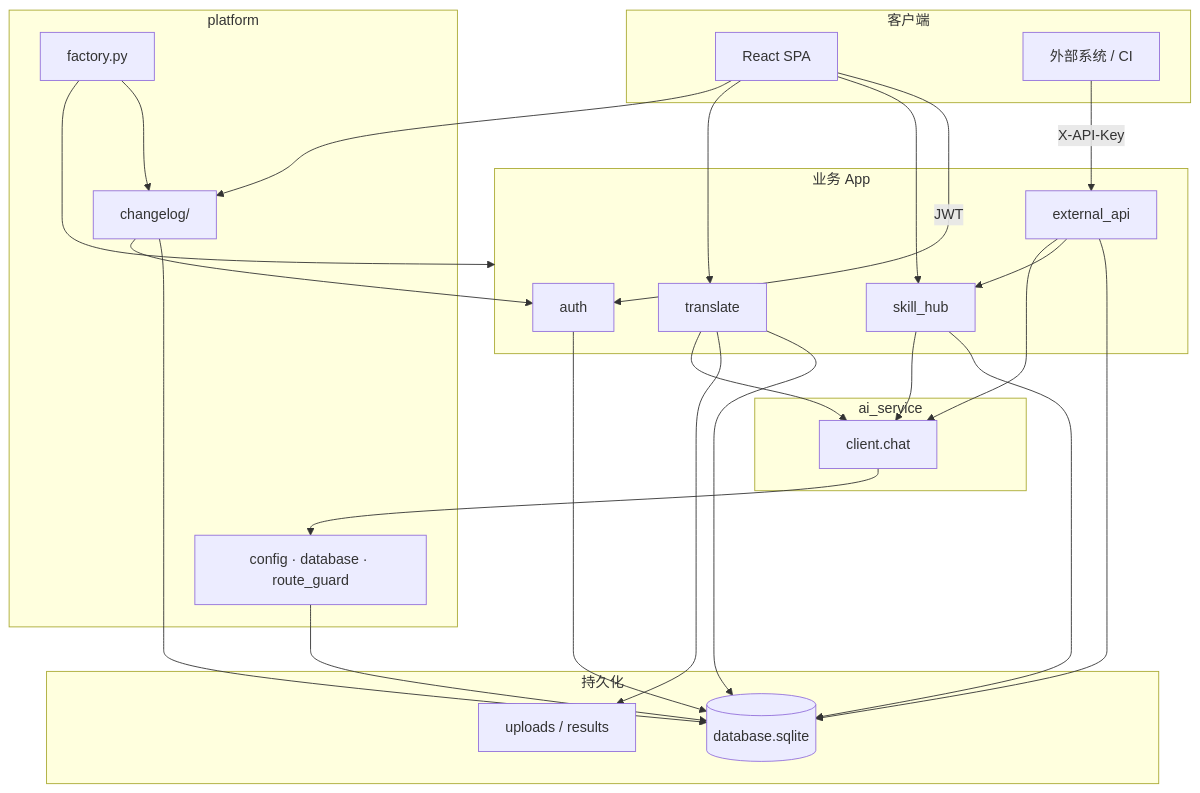
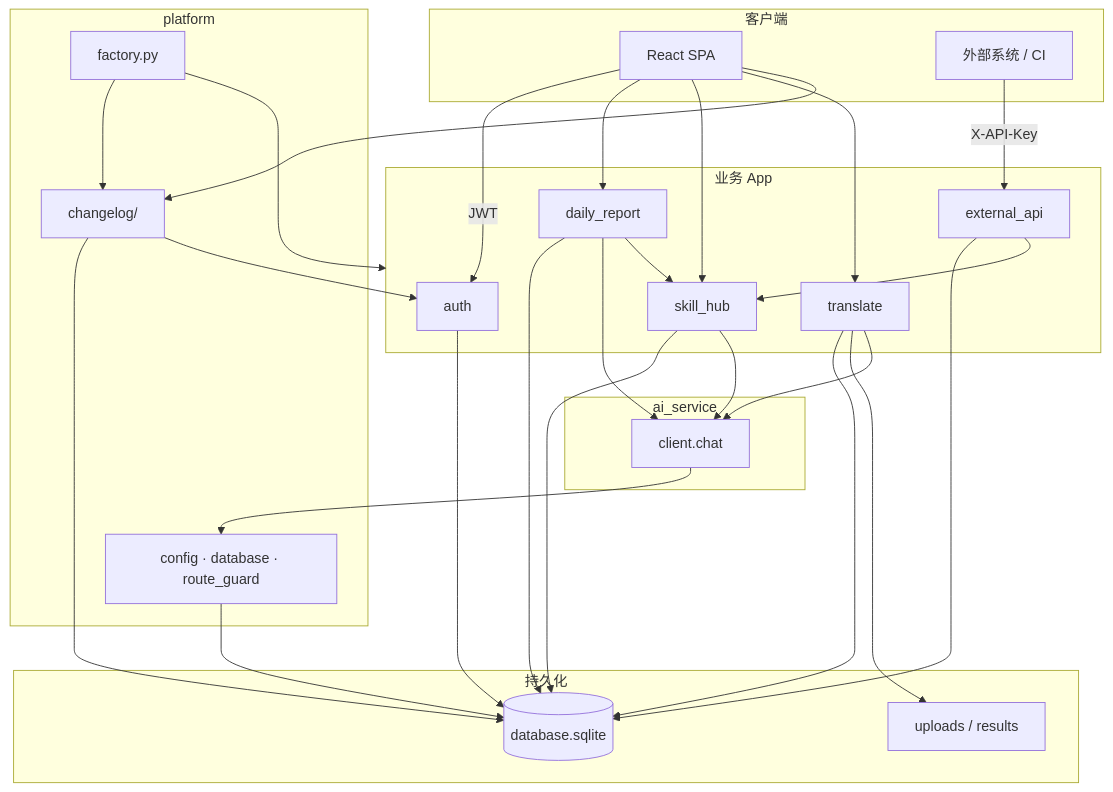
The diagram in doc/dev/README.md (StupidArthur/testai_community), drawn with Mermaid before and after one commit. The commit also changed other lines of this file and 37 other files, not shown here.

````diff
--- a/doc/dev/README.md
+++ b/doc/dev/README.md
@@ -42,52 +44,56 @@
 ```mermaid
 flowchart TB
   subgraph Client["客户端"]
     SPA["React SPA"]
     ExtClient["外部系统 / CI"]
   end
 
   subgraph Platform["platform"]
     Factory["factory.py"]
     Infra["config · database · route_guard"]
     Log["changelog/"]
   end
 
   subgraph Apps["业务 App"]
     Auth["auth"]
     Skill["skill_hub"]
     Trans["translate"]
+    Daily["daily_report"]
     ExtAPI["external_api"]
   end
 
   subgraph AISvc["ai_service"]
     Chat["client.chat"]
   end
 
   subgraph Storage["持久化"]
     SQLite[("database.sqlite")]
     Disk["uploads / results"]
   end
 
   SPA -->|JWT| Auth
+  SPA --> Daily
   SPA --> Skill
   SPA --> Trans
   SPA --> Log
   ExtClient -->|X-API-Key| ExtAPI
 
   Factory --> Apps
   Factory --> Log
   Infra --> SQLite
 
   Auth --> SQLite
   Skill --> SQLite
   Skill --> Chat
   Trans --> SQLite
   Trans --> Disk
   Trans --> Chat
   Log --> SQLite
   Log --> Auth
   ExtAPI --> SQLite
   ExtAPI --> Skill
-  ExtAPI --> Chat
+  Daily --> SQLite
+  Daily --> Chat
+  Daily --> Skill
   Chat --> Infra
 ```
````
